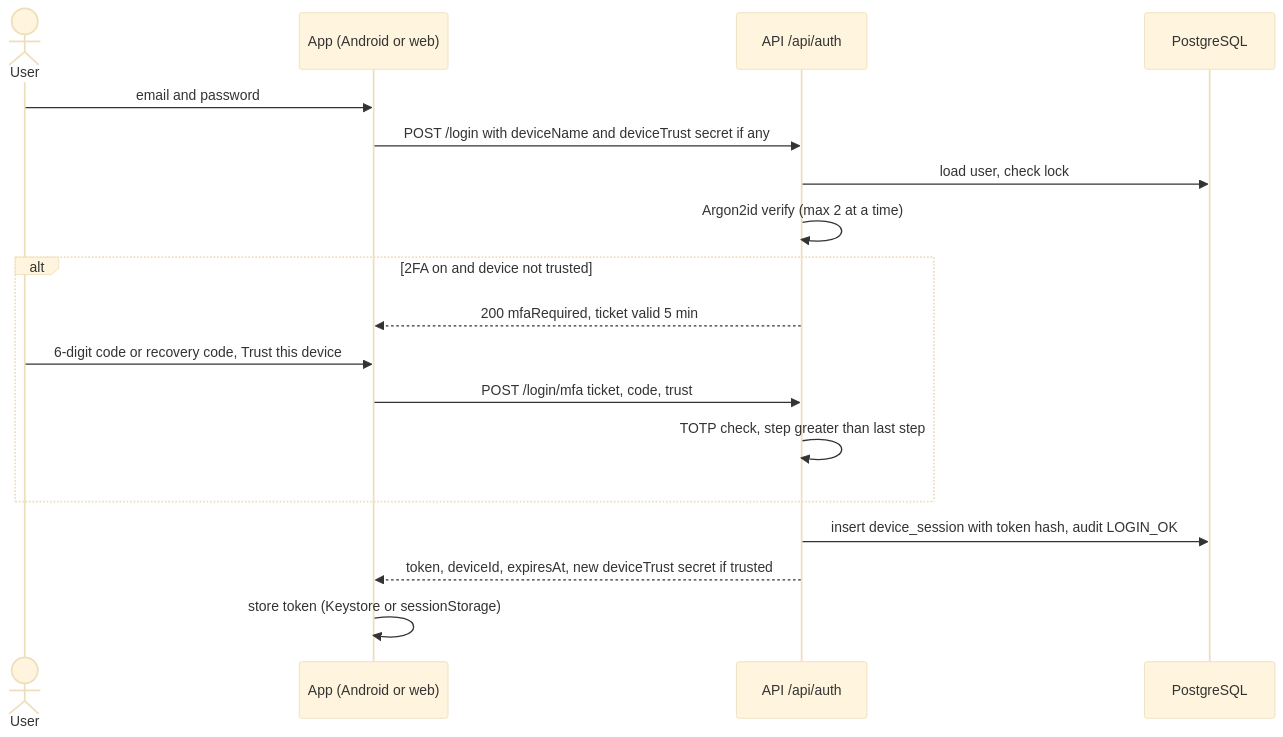
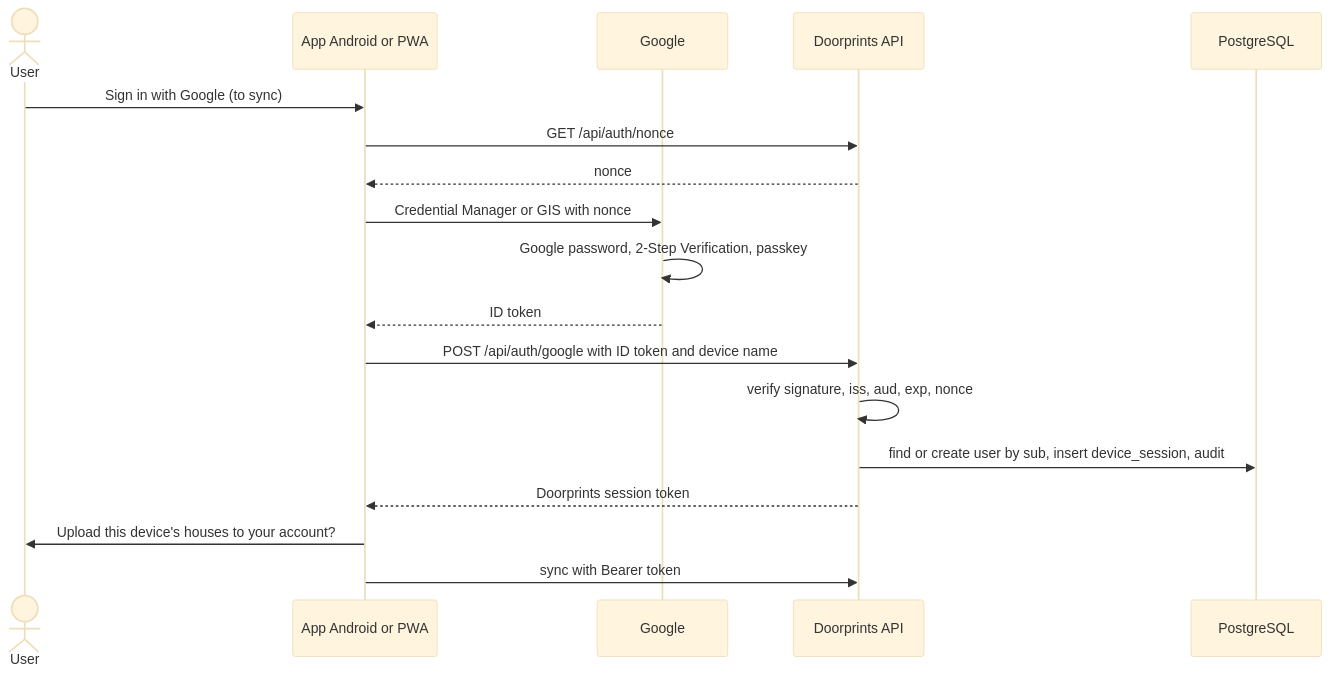
One commit to Sriram-Codes-SW/doorprints changed the third of 4 diagrams in docs/11-feature-parity-and-export-spec.md. Above: the diagram before and after it, drawn with Mermaid (base theme). The commit also changed other lines of this file and 40 other files, not shown here.

````diff
--- a/docs/11-feature-parity-and-export-spec.md
+++ b/docs/11-feature-parity-and-export-spec.md
@@ -280,20 +324,20 @@
 ```mermaid
 sequenceDiagram
     actor U as User
-    participant C as App (Android or web)
-    participant A as API /api/auth
+    participant C as App Android or PWA
+    participant G as Google
+    participant A as Doorprints API
     participant DB as PostgreSQL
-    U->>C: email and password
-    C->>A: POST /login with deviceName and deviceTrust secret if any
-    A->>DB: load user, check lock
-    A->>A: Argon2id verify (max 2 at a time)
-    alt 2FA on and device not trusted
-        A-->>C: 200 mfaRequired, ticket valid 5 min
-        U->>C: 6-digit code or recovery code, Trust this device
-        C->>A: POST /login/mfa ticket, code, trust
-        A->>A: TOTP check, step greater than last step
-    end
-    A->>DB: insert device_session with token hash, audit LOGIN_OK
-    A-->>C: token, deviceId, expiresAt, new deviceTrust secret if trusted
-    C->>C: store token (Keystore or sessionStorage)
+    U->>C: Sign in with Google (to sync)
+    C->>A: GET /api/auth/nonce
+    A-->>C: nonce
+    C->>G: Credential Manager or GIS with nonce
+    G->>G: Google password, 2-Step Verification, passkey
+    G-->>C: ID token
+    C->>A: POST /api/auth/google with ID token and device name
+    A->>A: verify signature, iss, aud, exp, nonce
+    A->>DB: find or create user by sub, insert device_session, audit
+    A-->>C: Doorprints session token
+    C->>U: Upload this device's houses to your account?
+    C->>A: sync with Bearer token
 ```
````
